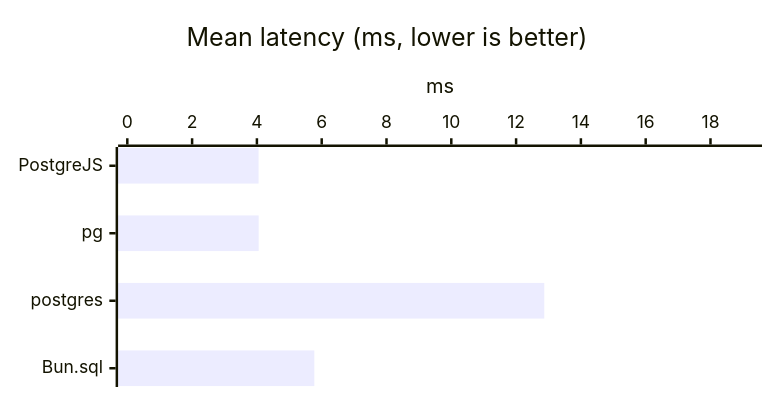
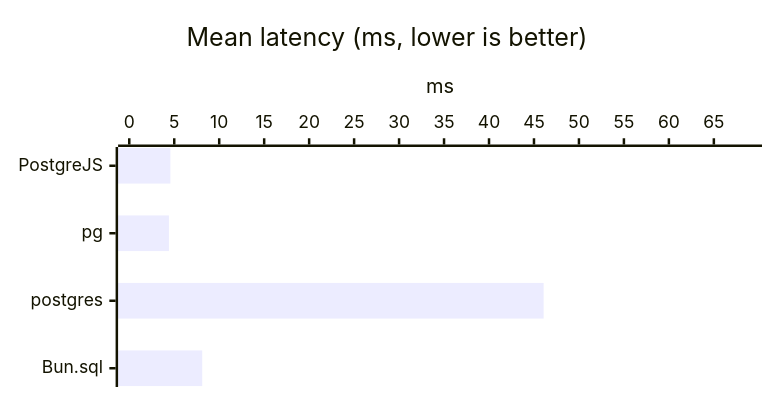
One commit to panates/postgrejs-doc changed the first of 56 diagrams in docs/getting-started/benchmarks-bun.md. Above: the diagram before and after it, drawn with Mermaid. The commit also changed other lines of this file and 24 other files, not shown here.

````diff
--- a/docs/getting-started/benchmarks-bun.md
+++ b/docs/getting-started/benchmarks-bun.md
@@ -103,8 +103,8 @@
 ```mermaid
 %%{init: {'xyChart': {'width': 600, 'height': 300, 'chartOrientation': 'horizontal'}}}%%
 xychart-beta
     title "Mean latency (ms, lower is better)"
     x-axis ["PostgreJS", "pg", "postgres", "Bun.sql"]
-    y-axis "ms" 0.0000 --> 19.3055
-    bar [4.0518, 4.0540, 12.8703, 5.7720]
+    y-axis "ms" 0.0000 --> 69.1107
+    bar [4.5682, 4.4116, 46.0738, 8.1144]
 ```
````
